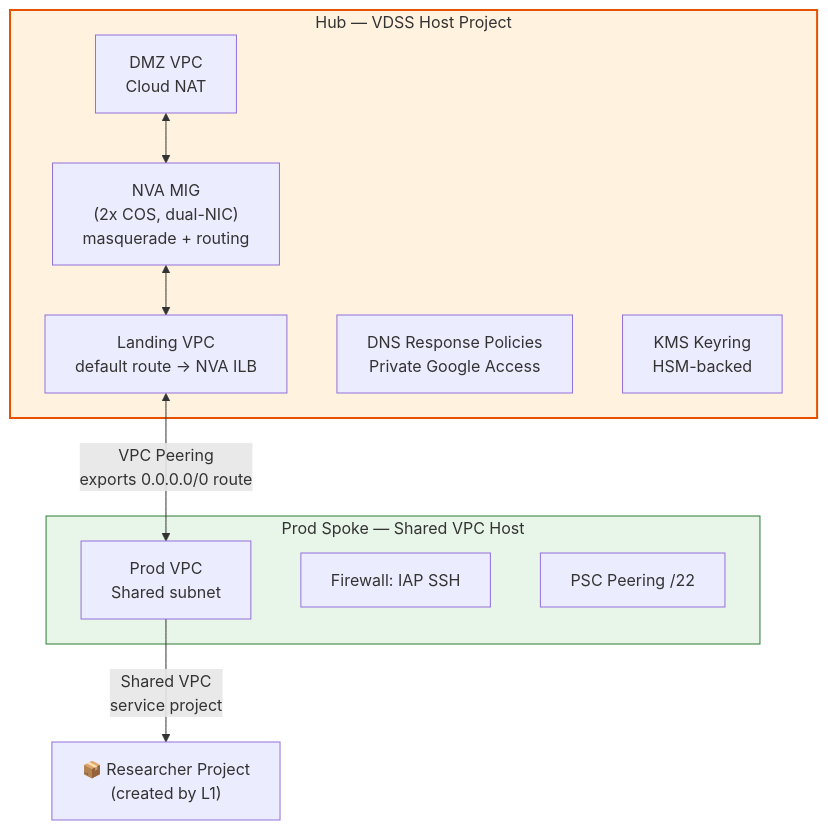
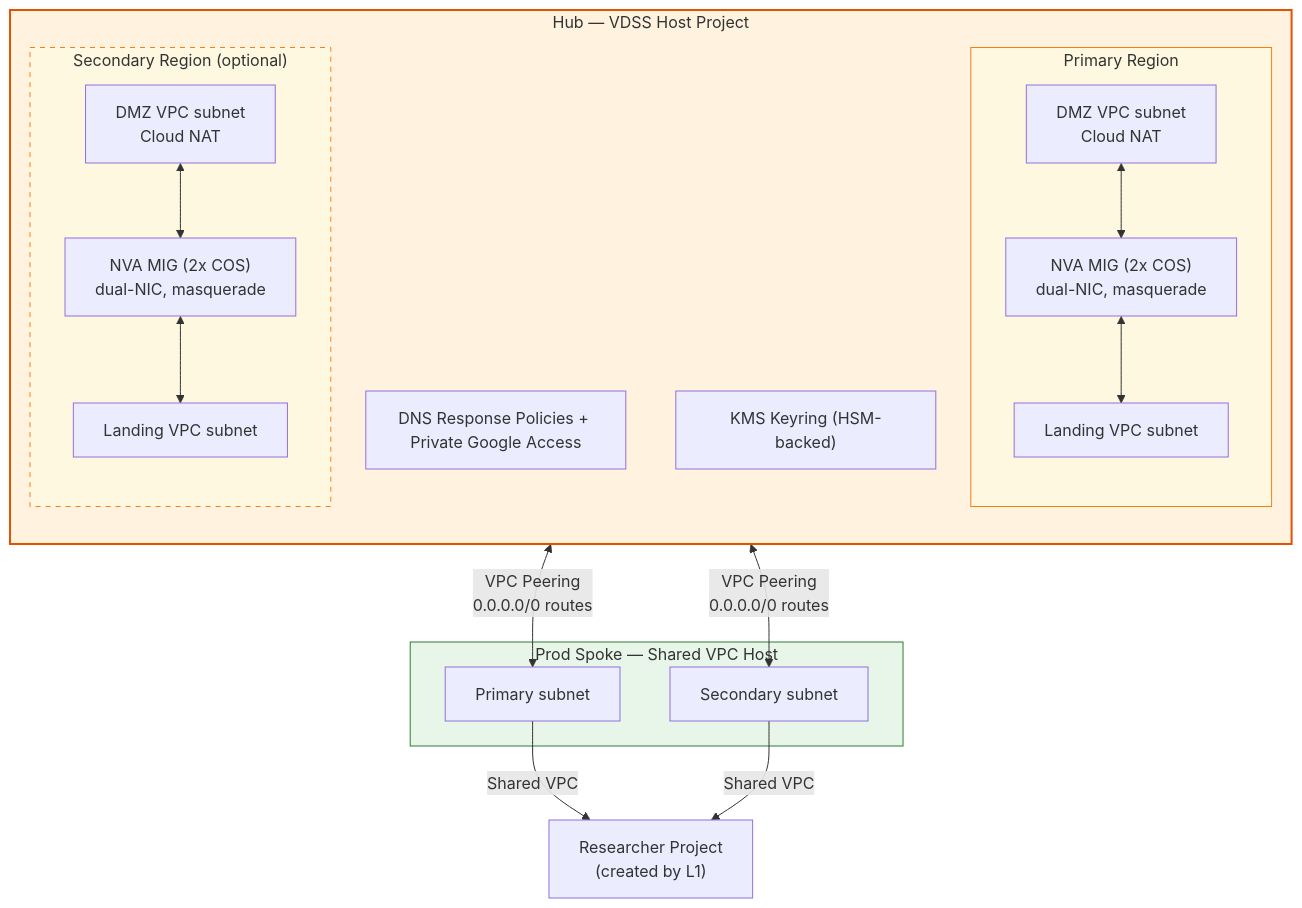
The third of 4 diagrams in README.md (WandLZhang/fast-science-0-stellar-engine), drawn with Mermaid before and after one commit. The commit also changed other lines of this file and 9 other files, not shown here.

First line of the commit message:
feat: multi-region support + project factory Shared VPC permissions

````diff
--- a/README.md
+++ b/README.md
@@ -401,24 +403,36 @@
 ```mermaid
 graph TB
     subgraph HUB["Hub — VDSS Host Project"]
-        DMZ["DMZ VPC<br/>Cloud NAT"]
-        NVA["NVA MIG<br/>(2x COS, dual-NIC)<br/>masquerade + routing"]
-        LAND["Landing VPC<br/>default route → NVA ILB"]
-        DNS["DNS Response Policies<br/>Private Google Access"]
-        KMS["KMS Keyring<br/>HSM-backed"]
-        DMZ <--> NVA <--> LAND
+        direction TB
+        subgraph PRIMARY_REGION["Primary Region"]
+            DMZ1["DMZ VPC subnet<br/>Cloud NAT"]
+            NVA1["NVA MIG (2x COS)<br/>dual-NIC, masquerade"]
+            LAND1["Landing VPC subnet"]
+            DMZ1 <--> NVA1 <--> LAND1
+        end
+        subgraph SECONDARY_REGION["Secondary Region (optional)"]
+            DMZ2["DMZ VPC subnet<br/>Cloud NAT"]
+            NVA2["NVA MIG (2x COS)<br/>dual-NIC, masquerade"]
+            LAND2["Landing VPC subnet"]
+            DMZ2 <--> NVA2 <--> LAND2
+        end
+        DNS["DNS Response Policies + Private Google Access"]
+        KMS["KMS Keyring (HSM-backed)"]
     end
 
     subgraph PROD_SPOKE["Prod Spoke — Shared VPC Host"]
-        PVPC["Prod VPC<br/>Shared subnet"]
-        PFW["Firewall: IAP SSH"]
-        PSC["PSC Peering /22"]
+        PVPC1["Primary subnet"]
+        PVPC2["Secondary subnet"]
     end
 
-    LAND <-->|"VPC Peering<br/>exports 0.0.0.0/0 route"| PVPC
+    LAND1 <-->|"VPC Peering<br/>0.0.0.0/0 routes"| PVPC1
+    LAND2 <-->|"VPC Peering<br/>0.0.0.0/0 routes"| PVPC2
 
-    PVPC -->|"Shared VPC<br/>service project"| RESEARCHER["📦 Researcher Project<br/>(created by L1)"]
+    PVPC1 -->|"Shared VPC"| RESEARCHER["Researcher Project<br/>(created by L1)"]
+    PVPC2 -->|"Shared VPC"| RESEARCHER
 
     style HUB fill:#fff3e0,stroke:#e65100,stroke-width:2px
     style PROD_SPOKE fill:#e8f5e9,stroke:#2e7d32
+    style PRIMARY_REGION fill:#fff8e1,stroke:#f57f17
+    style SECONDARY_REGION fill:#fff8e1,stroke:#f57f17,stroke-dasharray: 5 5
 ```
````
